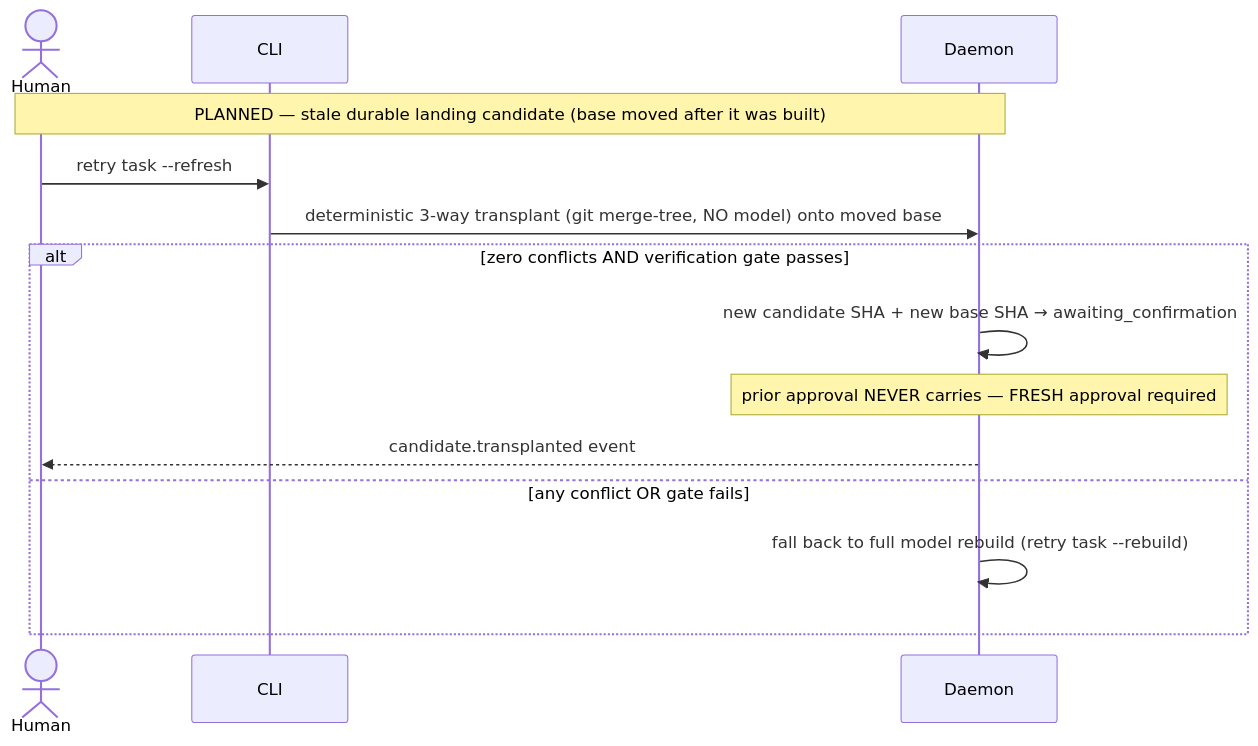
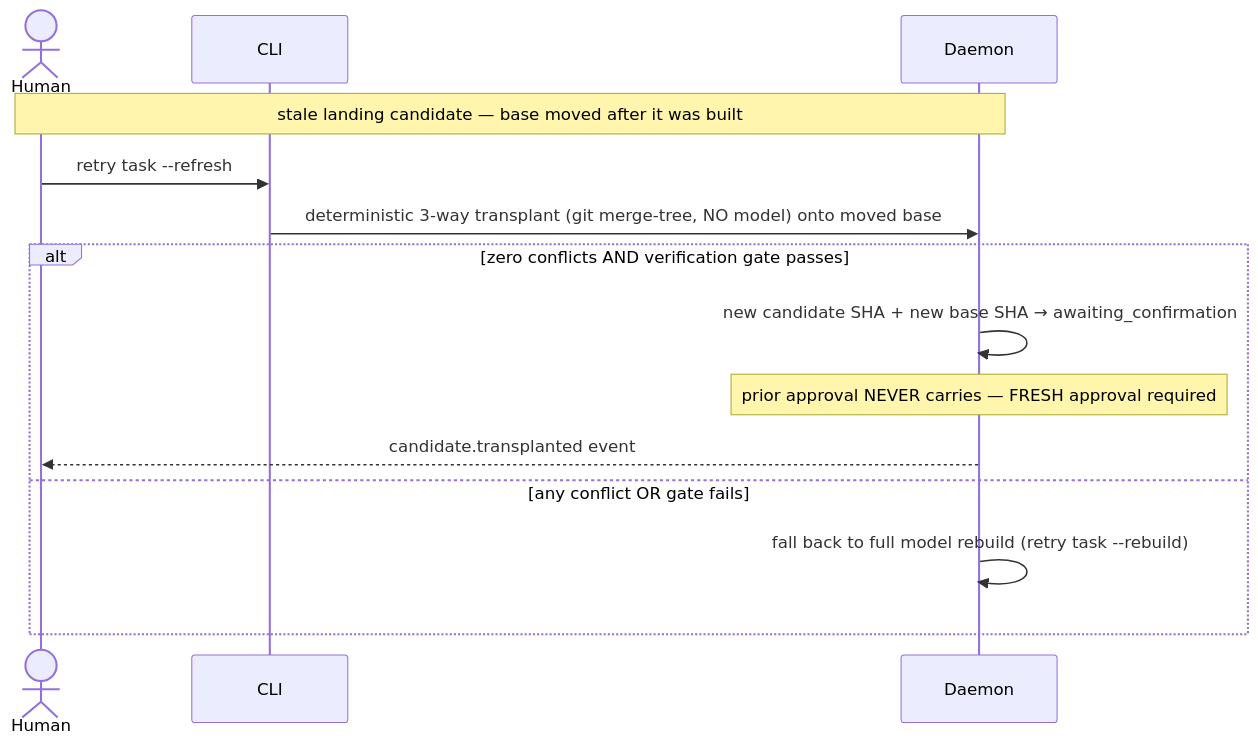
One commit to kanthorlabs/kanthord changed diagram 11 of 11 in docs/git-workflow.md. Above: the diagram before and after it, drawn with Mermaid. The commit also changed other lines of this file, not shown here.

````diff
--- a/docs/git-workflow.md
+++ b/docs/git-workflow.md
@@ -294,17 +295,17 @@
 ```mermaid
 sequenceDiagram
     actor H as Human
     participant CLI
     participant D as Daemon
 
-    Note over H,D: PLANNED — stale durable landing candidate (base moved after it was built)
+    Note over H,D: stale landing candidate — base moved after it was built
     H->>CLI: retry task --refresh
     CLI->>D: deterministic 3-way transplant (git merge-tree, NO model) onto moved base
     alt zero conflicts AND verification gate passes
         D->>D: new candidate SHA + new base SHA → awaiting_confirmation
         Note over D: prior approval NEVER carries — FRESH approval required
         D-->>H: candidate.transplanted event
     else any conflict OR gate fails
         D->>D: fall back to full model rebuild (retry task --rebuild)
     end
 ```
````
